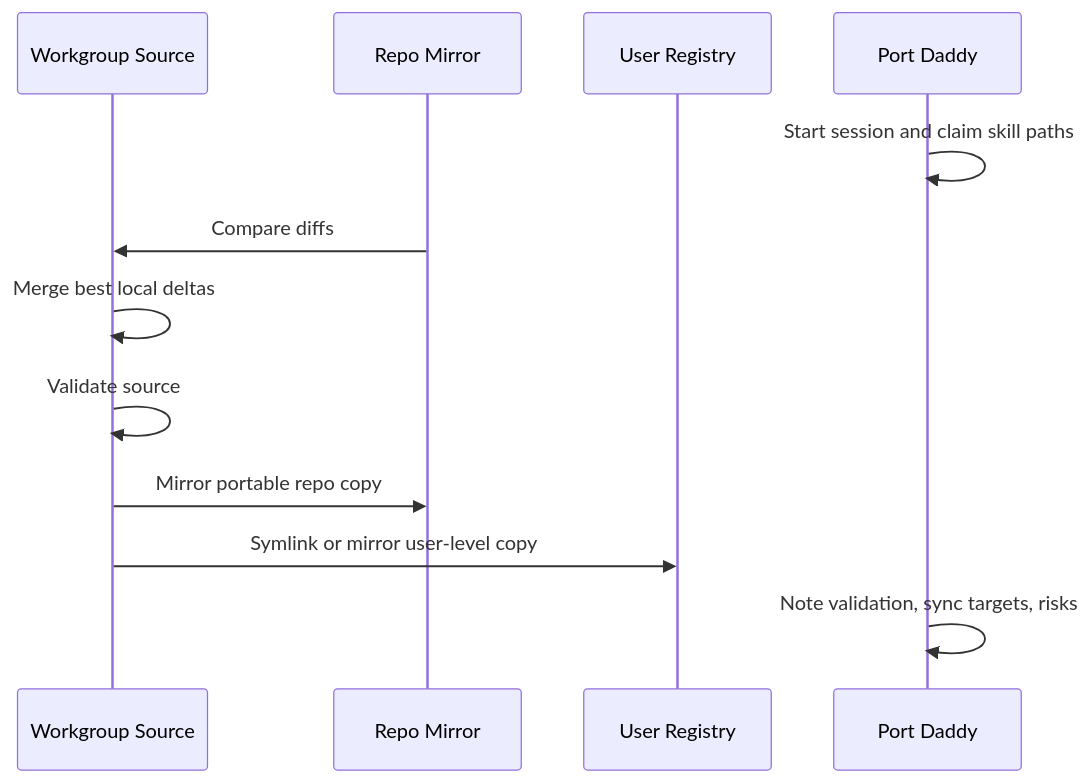
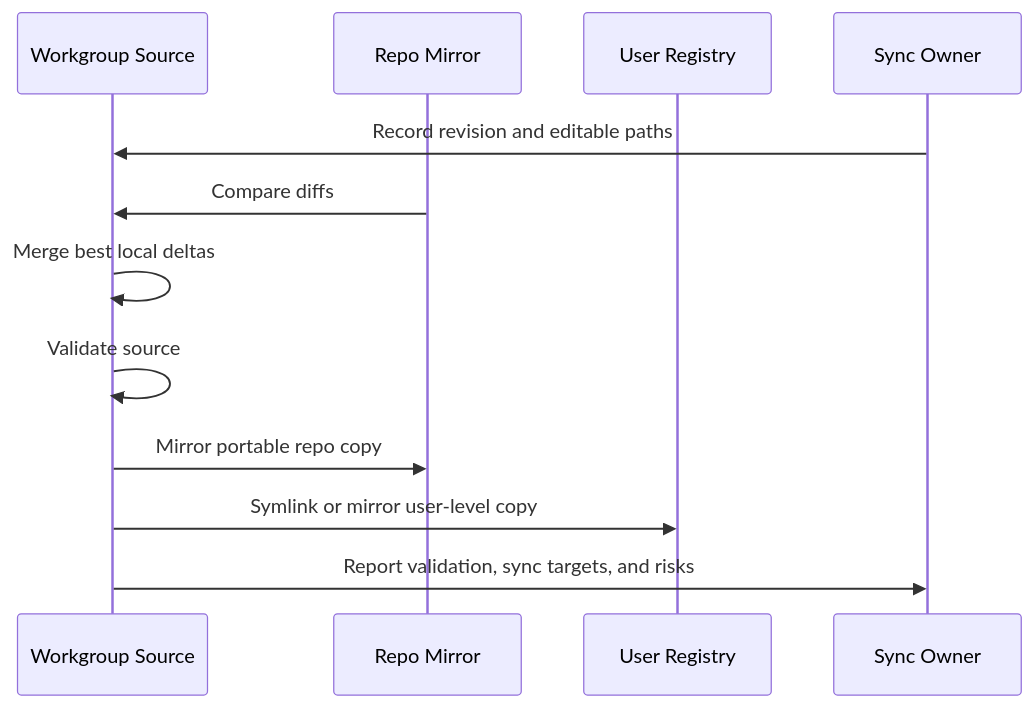
One commit to curiositech/windags-skills changed the diagram in skills/skill-architect/references/advanced-structure-and-sync.md. Above: the diagram before and after it, drawn with Mermaid. The commit also changed other lines of this file and 31 other files, not shown here.

Commit message:
Remove Port Daddy from distributed workflows and index authored skill requests (#12)

````diff
--- a/skills/skill-architect/references/advanced-structure-and-sync.md
+++ b/skills/skill-architect/references/advanced-structure-and-sync.md
@@ -175,15 +162,15 @@
 ```mermaid
 sequenceDiagram
   participant W as Workgroup Source
   participant R as Repo Mirror
   participant U as User Registry
-  participant PD as Port Daddy
+  participant O as Sync Owner
 
-  PD->>PD: Start session and claim skill paths
+  O->>W: Record revision and editable paths
   R->>W: Compare diffs
   W->>W: Merge best local deltas
   W->>W: Validate source
   W->>R: Mirror portable repo copy
   W->>U: Symlink or mirror user-level copy
-  PD->>PD: Note validation, sync targets, risks
+  W->>O: Report validation, sync targets, and risks
 ```
````
